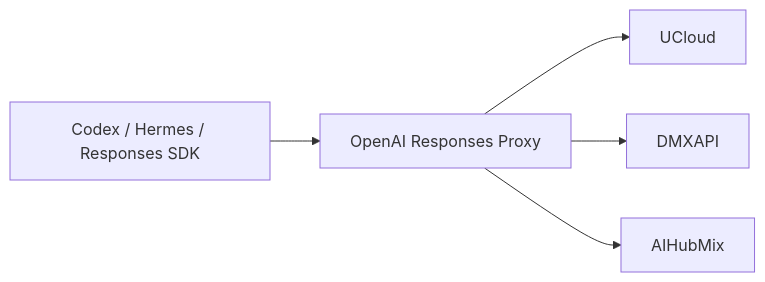
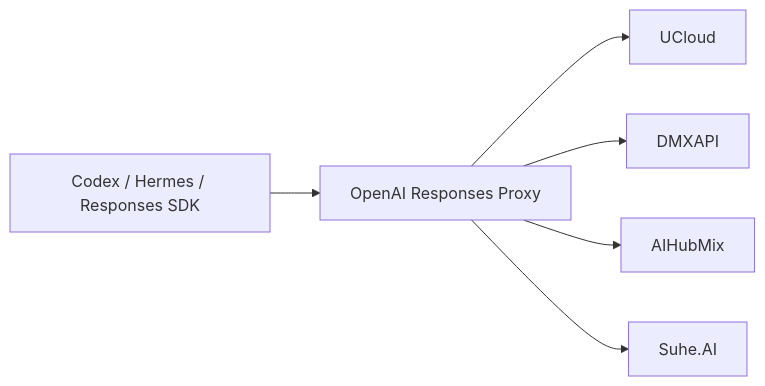
One commit to HengYangDS/openai-responses-proxy changed the diagram in README.md. Above: the diagram before and after it, drawn with Mermaid. The commit also changed other lines of this file and 8 other files, not shown here.

````diff
--- a/README.md
+++ b/README.md
@@ -15,7 +15,8 @@
 ```mermaid
 flowchart LR
     C["Codex / Hermes / Responses SDK"] --> P["OpenAI Responses Proxy"]
     P --> U["UCloud"]
     P --> D["DMXAPI"]
     P --> A["AIHubMix"]
+    P --> S["Suhe.AI"]
 ```
````
